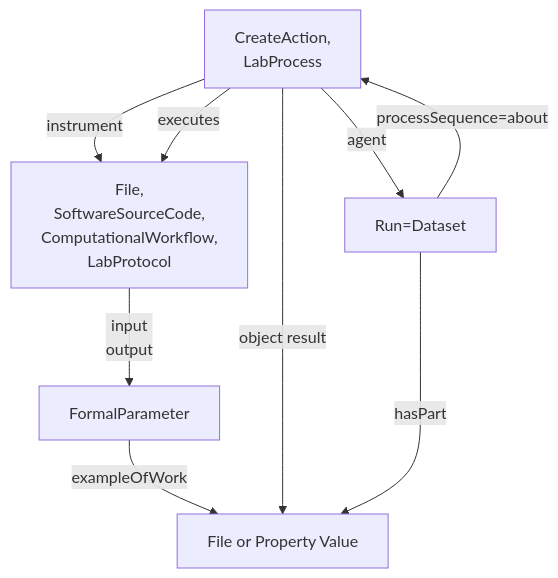
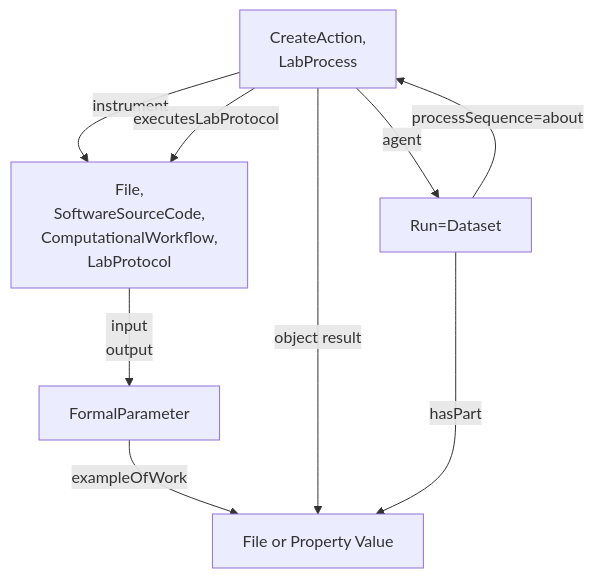
One commit to nfdi4plants/arc-cwl-ro-crate-profile changed the first of 2 diagrams in profile/arc_cwl_ro_crate.md. Above: the diagram before and after it, drawn with Mermaid. The commit also changed other lines of this file, not shown here.

````diff
--- a/profile/arc_cwl_ro_crate.md
+++ b/profile/arc_cwl_ro_crate.md
@@ -26,11 +26,11 @@
 ```mermaid
 flowchart TD
         A["File,\nSoftwareSourceCode,\nComputationalWorkflow,\nLabProtocol"] -- "input\noutput" --> B["FormalParameter"]
         C["CreateAction,\nLabProcess"] -- "instrument" --> A
-        C -- "executes" --> A
+        C -- "executesLabProtocol" --> A
         C -- "agent" --> D["Person or Organization"]
         B -- "exampleOfWork" --> E["File or Property Value"]
         C -- "object result" --> E
         D["Run=Dataset"] -- "processSequence=about" --> C
         D -- "hasPart" --> E
 ```
````
